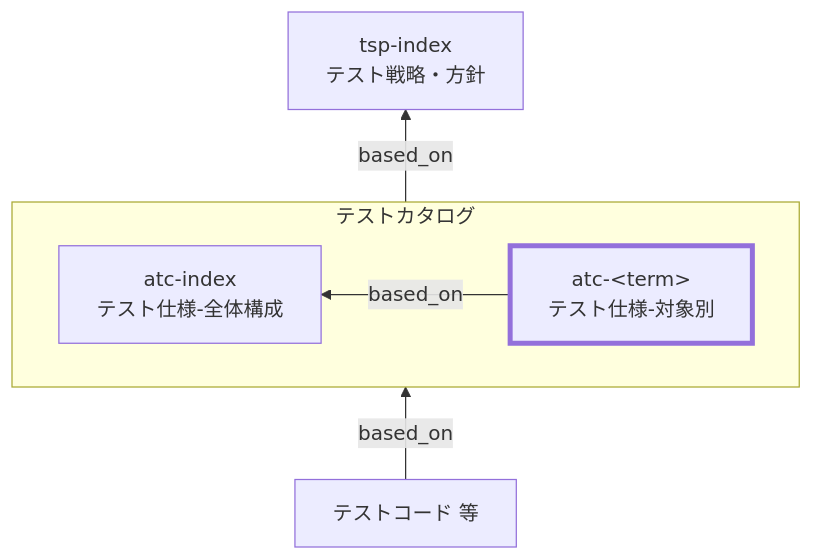
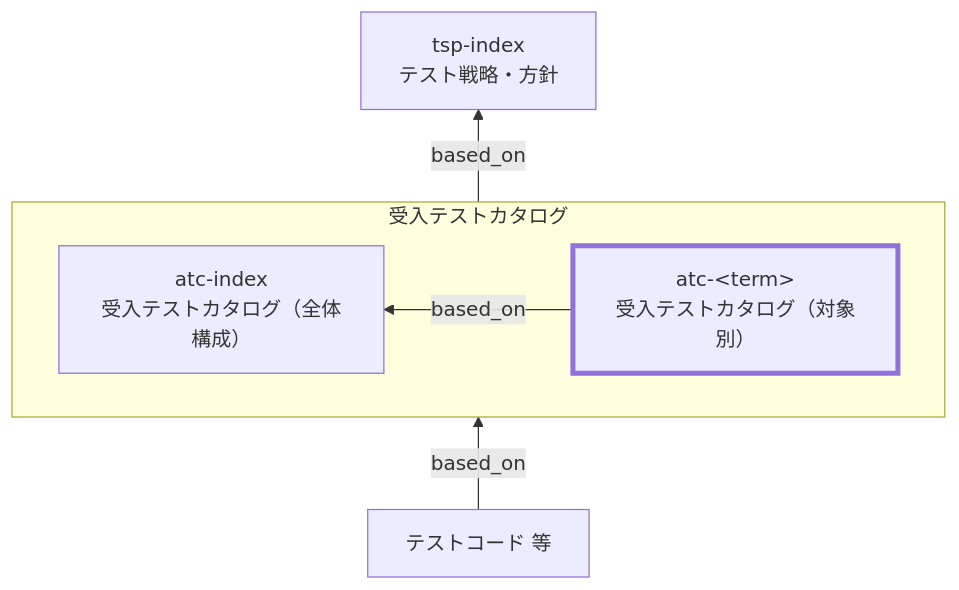
One commit to specdojo/specdojo changed the diagram in docs/ja/specdojo/rulebooks/atc-rulebook.md. Above: the diagram before and after it, drawn with Mermaid. The commit also changed other lines of this file and 6 other files, not shown here.

````diff
--- a/docs/ja/specdojo/rulebooks/atc-rulebook.md
+++ b/docs/ja/specdojo/rulebooks/atc-rulebook.md
@@ -35,20 +29,19 @@
 ```mermaid
 flowchart BT
   TSP["tsp-index<br>テスト戦略・方針"]
 
-  subgraph TC["テストカタログ"]
+  subgraph TC["受入テストカタログ"]
   direction RL
-    TCIndex["atc-index<br>テスト仕様-全体構成"]
-    TCDetail["atc-&lt;term&gt;<br>テスト仕様-対象別"]
+    TCIndex["atc-index<br>受入テストカタログ（全体構成）"]
+    TCDetail["atc-&lt;term&gt;<br>受入テストカタログ（対象別）"]
     TCDetail -->|based_on| TCIndex
   end
 
   Code["テストコード 等"]
 
   TC -->|based_on| TSP
   Code -->|based_on| TC
 
   classDef target stroke-width:4px
   class TCDetail target
-
 ```
````
